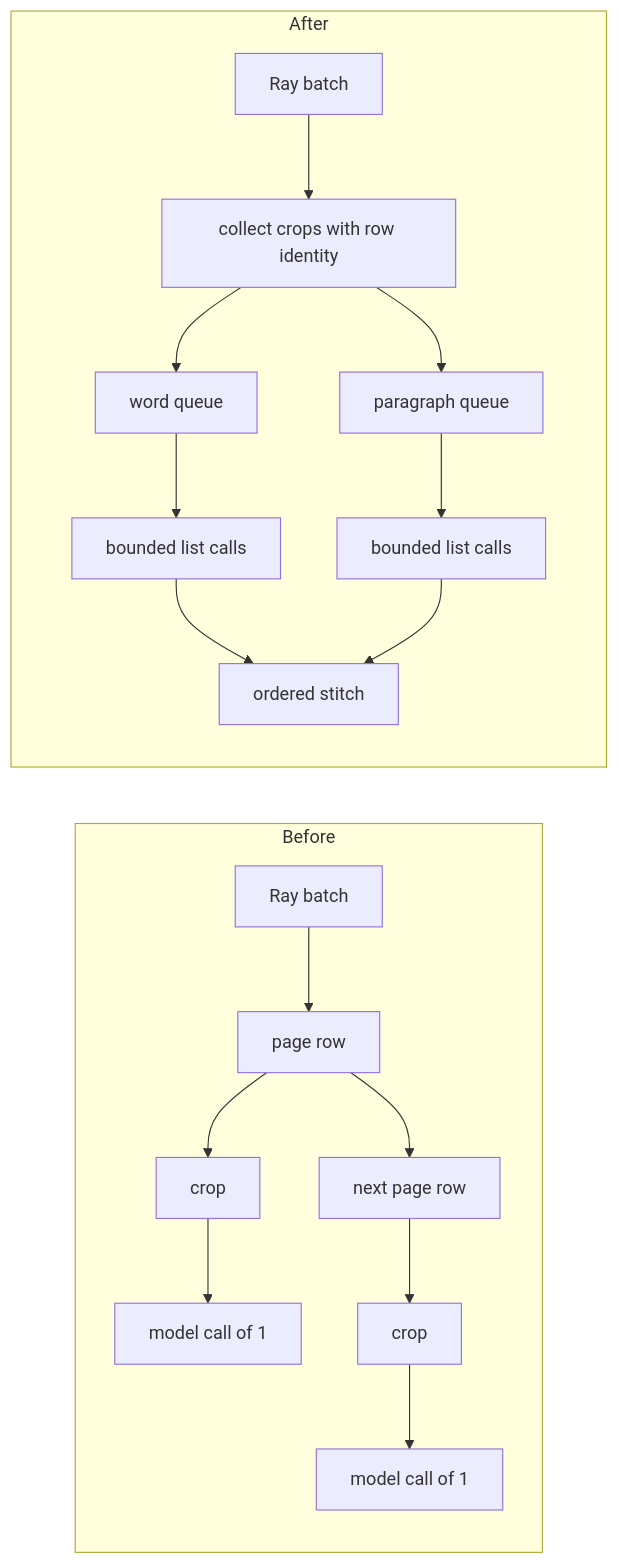
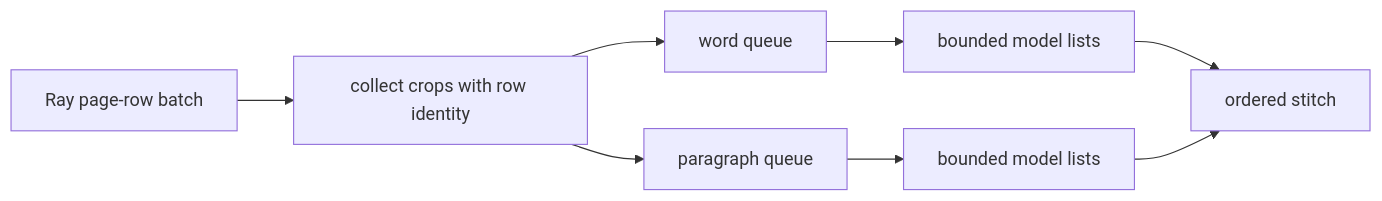
The diagram in nemo_retriever/developer_docs/ocr_cross_page_batching/README.md (jioffe502/nv-ingest), drawn with Mermaid before and after one commit. The commit also changed other lines of this file and 1 other file, not shown here.

````diff
--- a/nemo_retriever/developer_docs/ocr_cross_page_batching/README.md
+++ b/nemo_retriever/developer_docs/ocr_cross_page_batching/README.md
@@ -24,16 +16,10 @@
 ```mermaid
 flowchart LR
-    subgraph Before
-        R1["Ray batch"] --> P1["page row"] --> C1["crop"] --> S1["model call of 1"]
-        P1 --> P2["next page row"] --> C2["crop"] --> S2["model call of 1"]
-    end
-    subgraph After
-        R2["Ray batch"] --> J["collect crops with row identity"]
-        J --> W["word queue"]
-        J --> P["paragraph queue"]
-        W --> B1["bounded list calls"]
-        P --> B2["bounded list calls"]
-        B1 --> ST["ordered stitch"]
-        B2 --> ST
-    end
+    R["Ray page-row batch"] --> J["collect crops with row identity"]
+    J --> W["word queue"]
+    J --> P["paragraph queue"]
+    W --> B1["bounded model lists"]
+    P --> B2["bounded model lists"]
+    B1 --> S["ordered stitch"]
+    B2 --> S
 ```
````
